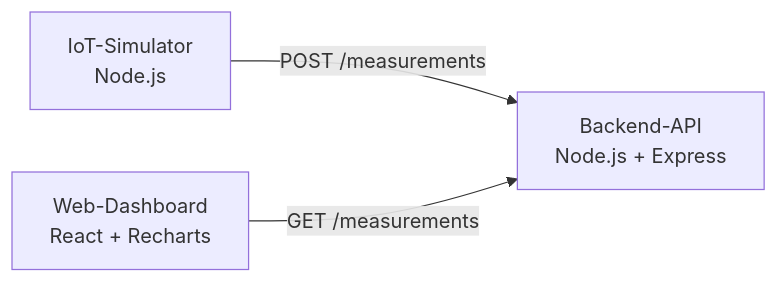
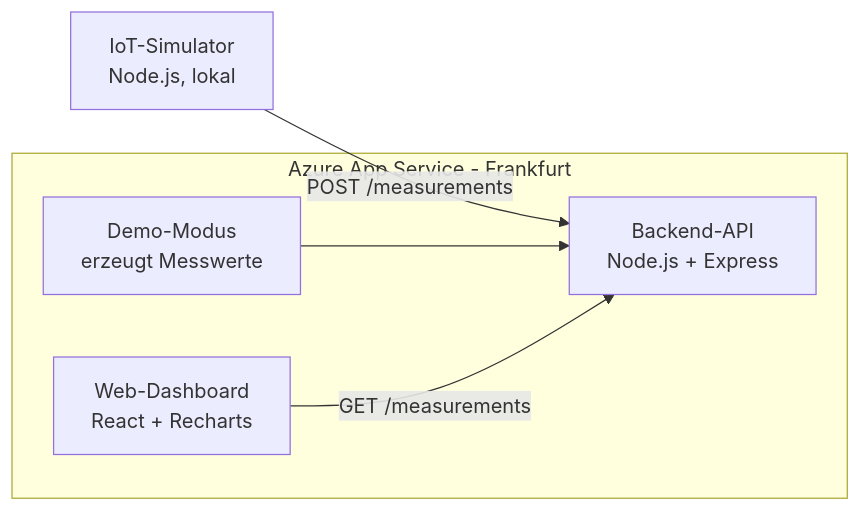
Before and after one commit to alhammoud-abdullah/h2-plant-monitor: the diagram in README.md, drawn with Mermaid. The commit also changed other lines of this file, not shown here.

Commit message:
README: Live-Demo-Link und Azure-Architektur

````diff
--- a/README.md
+++ b/README.md
@@ -9,5 +12,10 @@
 ```mermaid
 flowchart LR
-    S[IoT-Simulator<br/>Node.js] -->|POST /measurements| A[Backend-API<br/>Node.js + Express]
-    D[Web-Dashboard<br/>React + Recharts] -->|GET /measurements| A
+    S[IoT-Simulator<br/>Node.js, lokal] -->|POST /measurements| A
+    subgraph Azure App Service - Frankfurt
+        A[Backend-API<br/>Node.js + Express]
+        DM[Demo-Modus<br/>erzeugt Messwerte] --> A
+        D[Web-Dashboard<br/>React + Recharts]
+    end
+    D -->|GET /measurements| A
 ```
````
